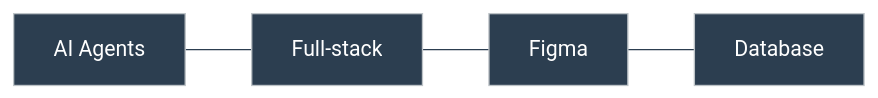
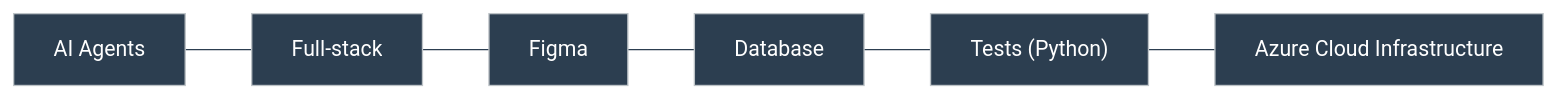
One commit to duducm2/my-personal-repo changed the fifth of 12 diagrams in portfolio/mermaid/diagrams.md. Above: the diagram before and after it, drawn with Mermaid. The commit also changed other lines of this file, not shown here.

Commit message:
Enhance Mermaid diagrams by adding new nodes for Python tests and Azure Cloud Infrastructure, and update Bar Chart label for consistency. Improve text formatting in prototype descriptions for better readability.

````diff
--- a/portfolio/mermaid/diagrams.md
+++ b/portfolio/mermaid/diagrams.md
@@ -98,9 +98,11 @@
 ```mermaid
 %%{init: {'theme': 'base', 'themeVariables': { 'primaryColor': '#2c3e50', 'primaryTextColor': '#fff', 'primaryBorderColor': '#bdc3c7', 'lineColor': '#2c3e50', 'fontFamily': 'Lato'}}}%%
 flowchart LR
   A["AI Agents"]
   B["Full-stack"]
   C["Figma"]
   D["Database"]
-  A --- B --- C --- D
+  E["Tests (Python)"]
+  F["Azure Cloud Infrastructure"]
+  A --- B --- C --- D --- E --- F
 ```
````
